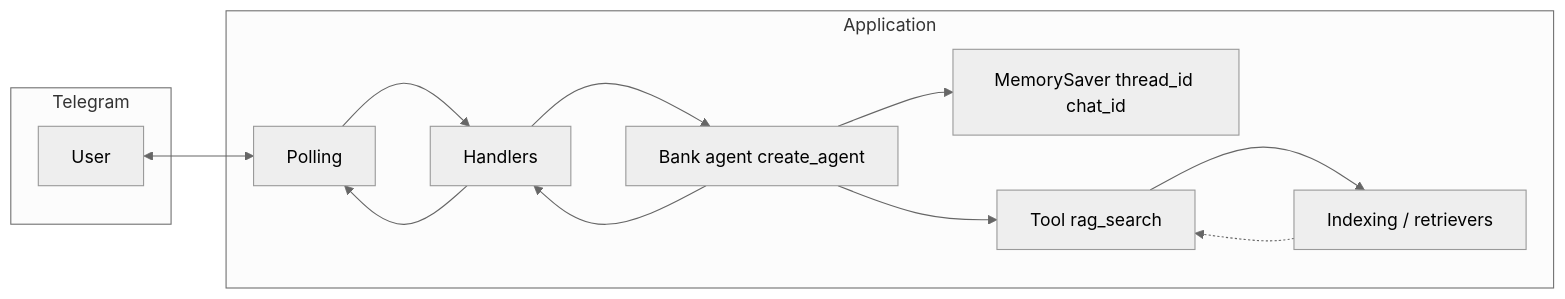
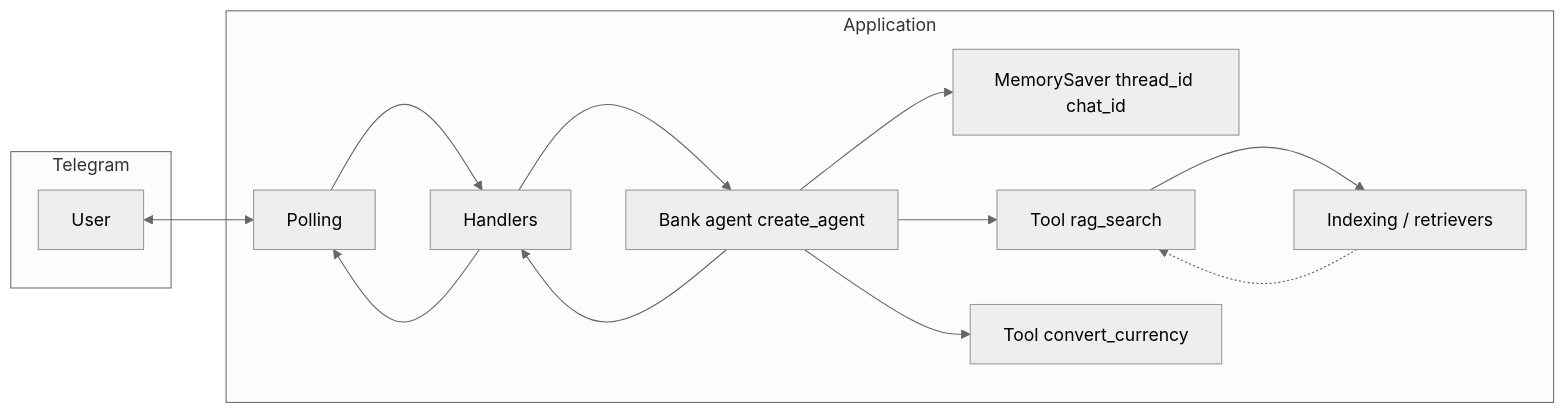
The diagram in 07-agents-langgraph/docs/vision.md (apfisenko/ai-agents), drawn with Mermaid (neutral theme) before and after one commit. The commit also changed other lines of this file and 20 other files, not shown here.

````diff
--- a/07-agents-langgraph/docs/vision.md
+++ b/07-agents-langgraph/docs/vision.md
@@ -127,23 +127,25 @@
 ```mermaid
 flowchart LR
   subgraph tg [Telegram]
     User[User]
   end
   subgraph app [Application]
     Poll[Polling]
     H[Handlers]
     BA[Bank agent create_agent]
     Mem[MemorySaver thread_id chat_id]
     Idx[Indexing / retrievers]
     RAG[Tool rag_search]
+    FX[Tool convert_currency]
   end
   User <--> Poll
   Poll --> H
   H --> BA
   BA --> Mem
   BA --> RAG
+  BA --> FX
   RAG --> Idx
   Idx -.-> RAG
   BA --> H
   H --> Poll
 ```
````
